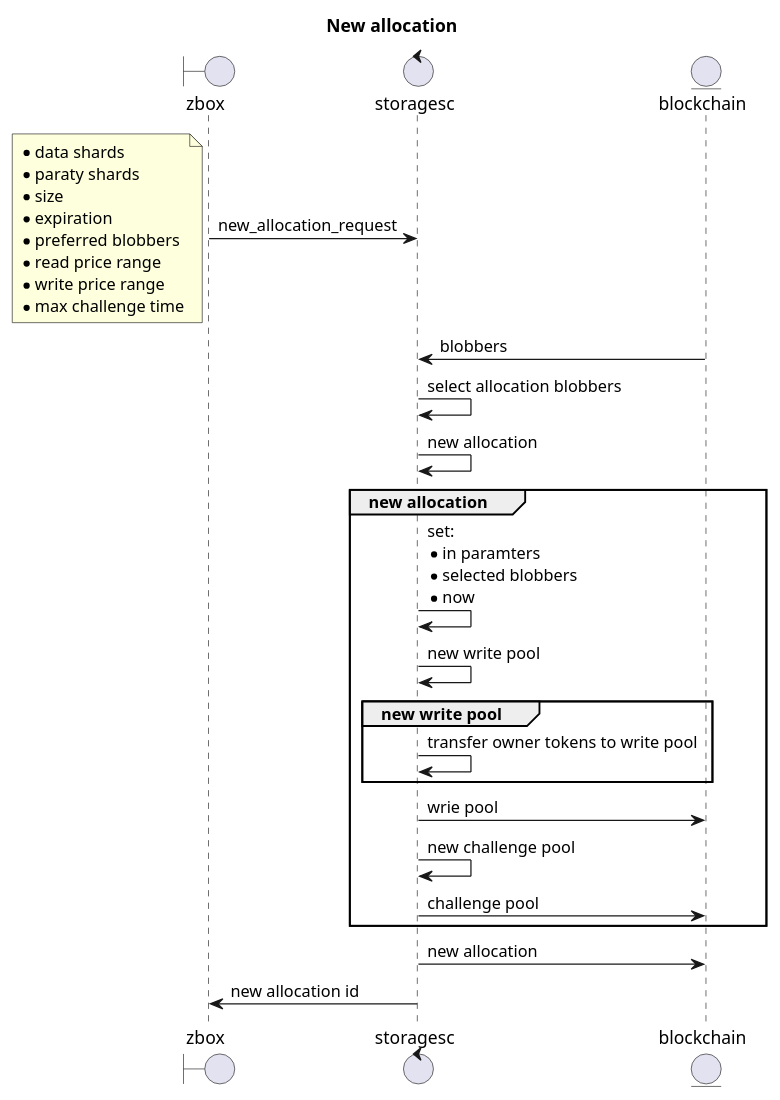
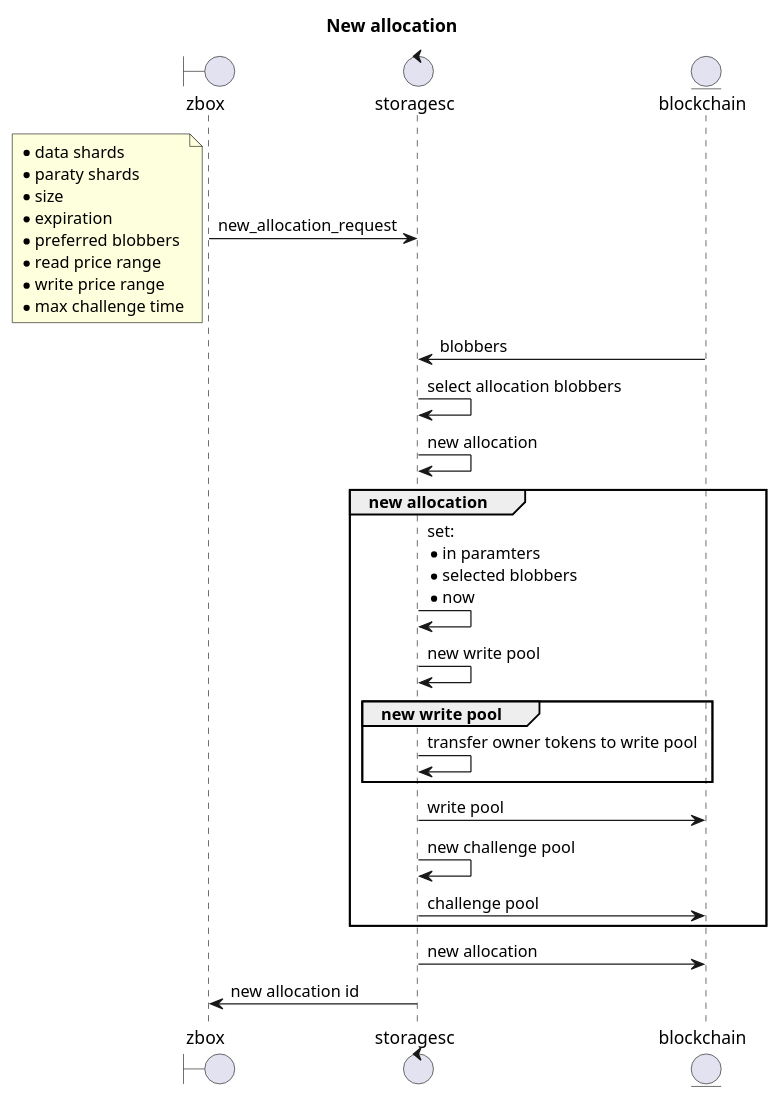
Before and after one commit to 0chain/zboxcli: diagram 23 of 32 in documents/uml.md, drawn with PlantUML. The commit also changed other lines of this file and 2 other files, not shown here.

````diff
--- a/documents/uml.md
+++ b/documents/uml.md
@@ -534,32 +534,32 @@
 ```puml
 title New allocation
 boundary zbox
 control storagesc
 entity blockchain
 zbox -> storagesc : new_allocation_request
 note left
     * data shards
     * paraty shards
     * size
     * expiration
     * preferred blobbers
     * read price range
     * write price range
     * max challenge time
 end note
     blockchain -> storagesc : blobbers
     storagesc -> storagesc : select allocation blobbers
     storagesc -> storagesc : new allocation
     group new allocation
         storagesc -> storagesc : set:\n* in paramters\n* selected blobbers\n* now
         storagesc -> storagesc : new write pool
         group new write pool
             storagesc -> storagesc : transfer owner tokens to write pool
         end 
-        storagesc -> blockchain : wrie pool
+        storagesc -> blockchain : write pool
         storagesc -> storagesc : new challenge pool    
         storagesc -> blockchain : challenge pool    
     end
     storagesc -> blockchain : new allocation
 storagesc -> zbox : new allocation id
 ```
````
